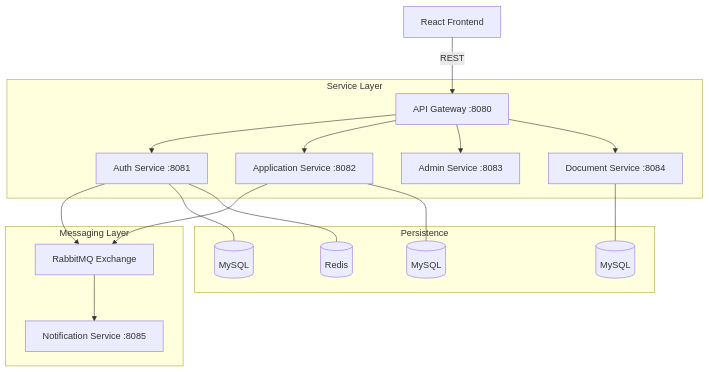
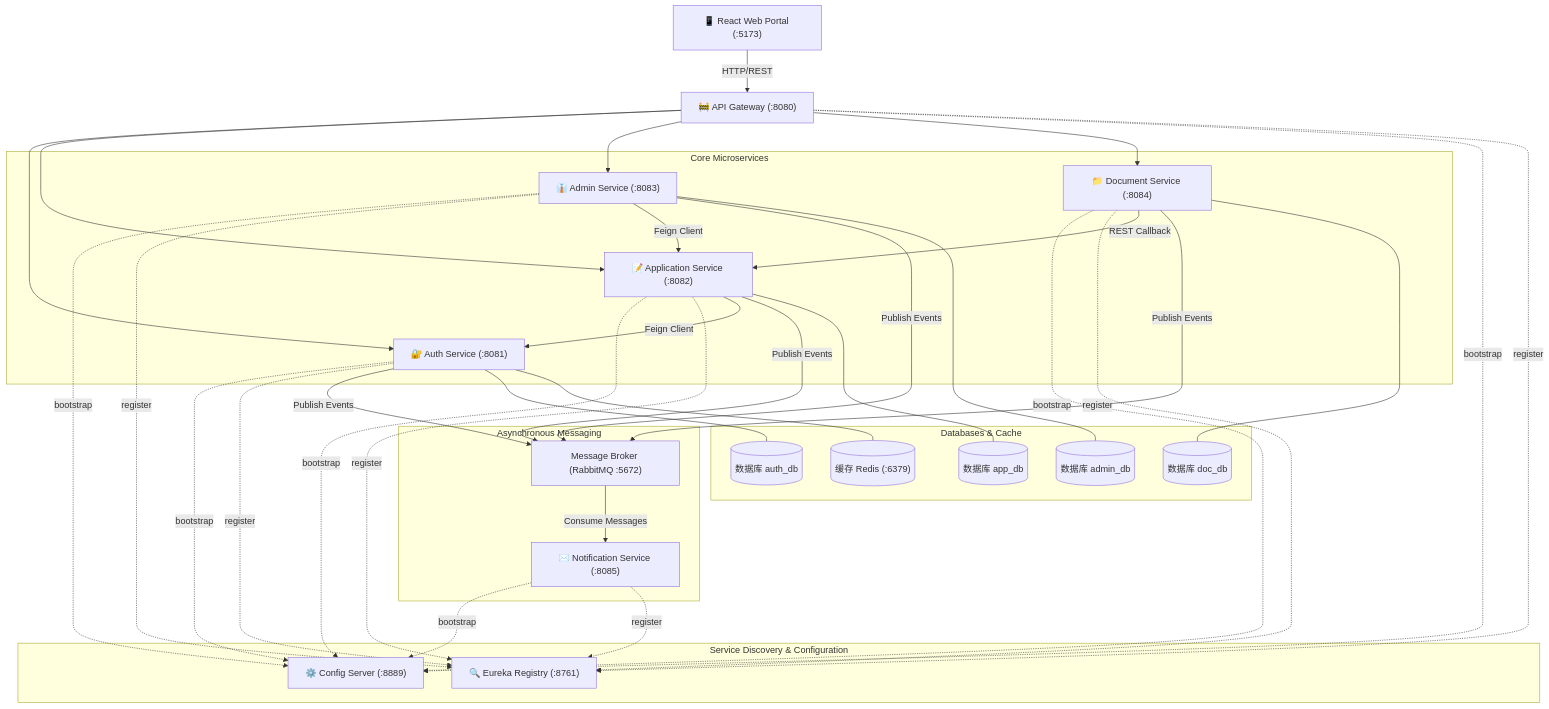
Before and after one commit to durgaaprasadch/FinFlow: the second of 5 diagrams in docs/DESIGN_DIAGRAMS.md, drawn with Mermaid. The commit also changed other lines of this file and 2 other files, not shown here.

````diff
--- a/docs/DESIGN_DIAGRAMS.md
+++ b/docs/DESIGN_DIAGRAMS.md
@@ -45,24 +56,55 @@
 ```mermaid
-graph TD
-    Client[React Frontend] -->|REST| Gateway[API Gateway :8080]
-    
-    subgraph "Service Layer"
-        Gateway --> Auth[Auth Service :8081]
-        Gateway --> App[Application Service :8082]
-        Gateway --> Admin[Admin Service :8083]
-        Gateway --> Doc[Document Service :8084]
+graph TB
+    Client["📱 React Web Portal (:5173)"] -->|HTTP/REST| Gateway["🚧 API Gateway (:8080)"]
+
+    subgraph "Service Discovery & Configuration"
+        Config["⚙️ Config Server (:8889)"]
+        Eureka["🔍 Eureka Registry (:8761)"]
     end
-    
-    subgraph "Messaging Layer"
-        App --> Rabbit[RabbitMQ Exchange]
-        Auth --> Rabbit
-        Rabbit --> Notif[Notification Service :8085]
+
+    subgraph "Core Microservices"
+        Auth["🔐 Auth Service (:8081)"]
+        App["📝 Application Service (:8082)"]
+        Admin["👔 Admin Service (:8083)"]
+        Doc["📁 Document Service (:8084)"]
     end
-    
-    subgraph "Persistence"
-        Auth --- AuthDB[(MySQL)]
-        App --- AppDB[(MySQL)]
-        Doc --- DocDB[(MySQL)]
-        Auth --- Redis[(Redis)]
+
+    subgraph "Asynchronous Messaging"
+        Rabbit["Message Broker (RabbitMQ :5672)"]
+        Notif["✉️ Notification Service (:8085)"]
     end
+
+    subgraph "Databases & Cache"
+        RedisDB[("缓存 Redis (:6379)")]
+        AuthDB[("数据库 auth_db")]
+        AppDB[("数据库 app_db")]
+        AdminDB[("数据库 admin_db")]
+        DocDB[("数据库 doc_db")]
+    end
+
+    %% Routing
+    Gateway --> Auth
+    Gateway --> App
+    Gateway --> Admin
+    Gateway --> Doc
+
+    %% Config & Registry mappings
+    Auth & App & Admin & Doc & Notif & Gateway -.->|bootstrap| Config
+    Auth & App & Admin & Doc & Notif & Gateway -.->|register| Eureka
+
+    %% Inter-service calls
+    App -->|Feign Client| Auth
+    Doc -->|REST Callback| App
+    Admin -->|Feign Client| App
+
+    %% Messaging
+    App & Auth & Admin & Doc -->|Publish Events| Rabbit
+    Rabbit -->|Consume Messages| Notif
+
+    %% DB Mappings
+    Auth --- AuthDB
+    Auth --- RedisDB
+    App --- AppDB
+    Admin --- AdminDB
+    Doc --- DocDB
 ```
````
